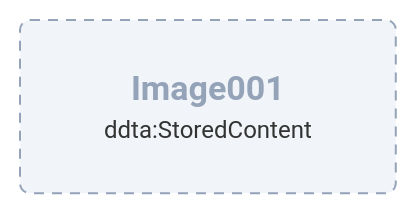
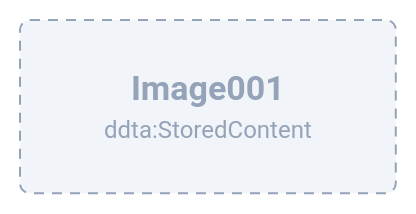
Before and after one commit to nballestriero/tesiStabile: the ninth of 26 diagrams in ontologies/core/DDTA_CORE_VISUALIZATION.md, drawn with Mermaid. The commit also changed other lines of this file and 4 other files, not shown here.

````diff
--- a/ontologies/core/DDTA_CORE_VISUALIZATION.md
+++ b/ontologies/core/DDTA_CORE_VISUALIZATION.md
@@ -915,6 +1087,7 @@
 ```mermaid
-%%{init: {"htmlLabels":true,"theme":"base"}}%%
+%%{init: {"htmlLabels":true,"theme":"base","layout":"elk"}}%%
 flowchart TB
-    O_da49a57d89b50f["<div style='display:inline-block;text-align:center;white-space:nowrap;line-height:1.4;padding:8px 12px;background:transparent;opacity:1;color:#94A3B8'><span style='display:block;text-align:center;font-size:17px;font-weight:700;color:#94A3B8'>Image001</span><span style='display:block;text-align:center;font-size:12px;font-weight:400;color:#94A3B8'>ddta:StoredContent</span></div>"]
-    style O_da49a57d89b50f fill:#F1F5F9,stroke:#94A3B8,color:#94A3B8,stroke-width:1.0px,stroke-dasharray:5 4,rx:5px,ry:5px
+    O_86cfed76b63704["<div style='display:inline-block;text-align:center;white-space:nowrap;line-height:1.4;padding:8px 12px;background:transparent;opacity:1;color:#94A3B8'><span style='display:block;text-align:center;font-size:17px;font-weight:700;color:#94A3B8'>Image001</span><span style='display:block;text-align:center;font-size:12px;font-weight:400;color:#94A3B8'>ddta:StoredContent</span></div>"]
+    classDef DDTA_C_51a0b50eca1f fill:#F1F5F9,stroke:#94A3B8,color:#94A3B8,stroke-width:1.0px,stroke-dasharray:5 4,rx:5px,ry:5px
+    class O_86cfed76b63704 DDTA_C_51a0b50eca1f
 ```
````
